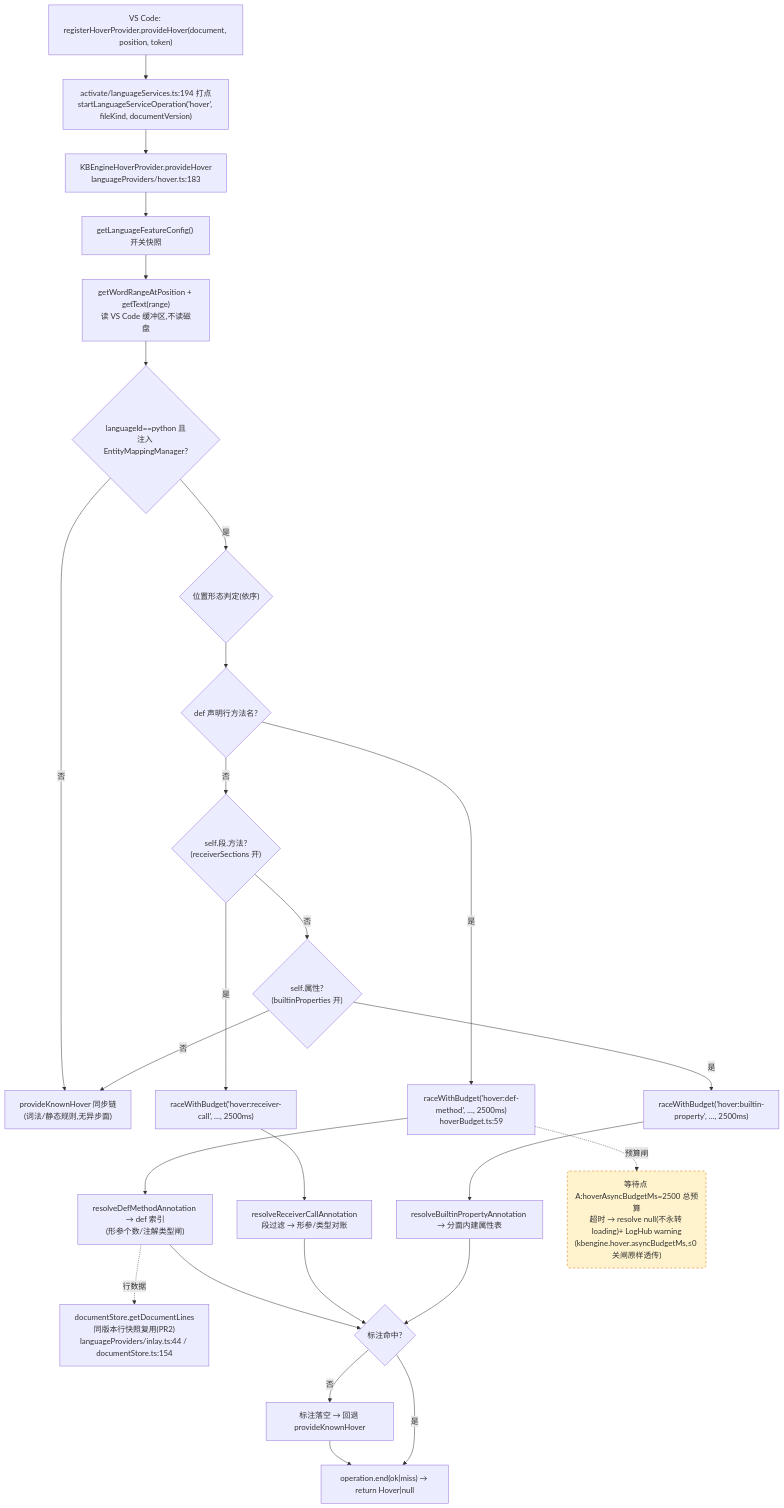
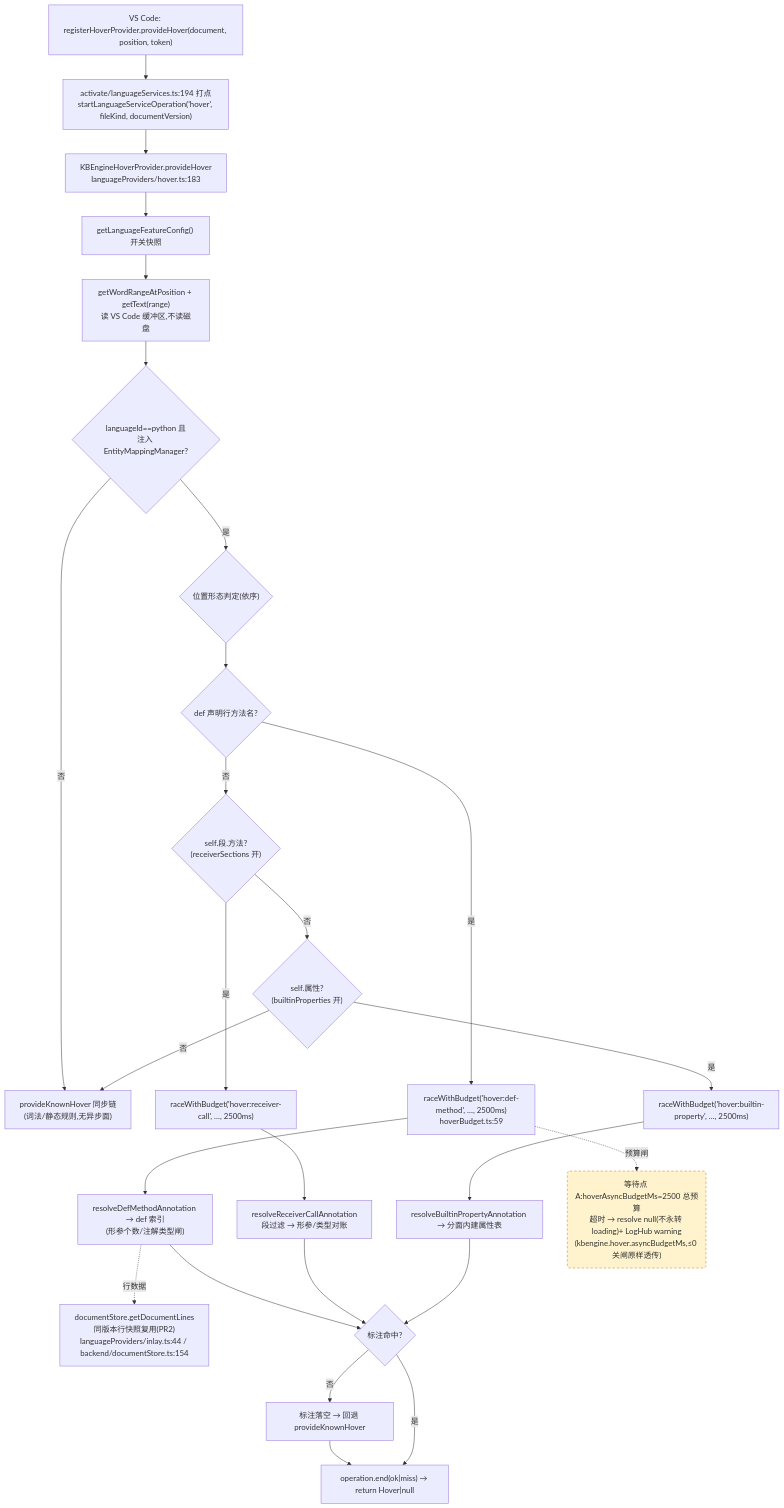
One commit to cuihairu/kode changed the first of 4 diagrams in docs/perf/2026-baseline.md. Above: the diagram before and after it, drawn with Mermaid. The commit also changed other lines of this file and 101 other files, not shown here.

````diff
--- a/docs/perf/2026-baseline.md
+++ b/docs/perf/2026-baseline.md
@@ -82,45 +82,45 @@
 ```mermaid
 flowchart TD
   VC1["VS Code: registerHoverProvider.provideHover(document, position, token)"]
   M1["activate/languageServices.ts:194 打点<br/>startLanguageServiceOperation('hover', fileKind, documentVersion)"]
   HP["KBEngineHoverProvider.provideHover<br/>languageProviders/hover.ts:183"]
   CFG["getLanguageFeatureConfig() 开关快照"]
   WORD["getWordRangeAtPosition + getText(range)<br/>读 VS Code 缓冲区,不读磁盘"]
   BR{"languageId==python 且<br/>注入 EntityMappingManager?"}
   KN["provideKnownHover 同步链<br/>(词法/静态规则,无异步面)"]
   POS{"位置形态判定(依序)"}
   D1{"def 声明行方法名?"}
   D2{"self.段.方法?<br/>(receiverSections 开)"}
   D3{"self.属性?<br/>(builtinProperties 开)"}
   RA1["raceWithBudget('hover:def-method', …, 2500ms)<br/>hoverBudget.ts:59"]
   RA2["raceWithBudget('hover:receiver-call', …, 2500ms)"]
   RA3["raceWithBudget('hover:builtin-property', …, 2500ms)"]
   RS1["resolveDefMethodAnnotation → def 索引<br/>(形参个数/注解类型闸)"]
   RS2["resolveReceiverCallAnnotation<br/>段过滤 → 形参/类型对账"]
   RS3["resolveBuiltinPropertyAnnotation → 分面内建属性表"]
-  LINES["documentStore.getDocumentLines<br/>同版本行快照复用(PR2)<br/>languageProviders/inlay.ts:44 / documentStore.ts:154"]
+  LINES["documentStore.getDocumentLines<br/>同版本行快照复用(PR2)<br/>languageProviders/inlay.ts:44 / backend/documentStore.ts:154"]
   MISS["标注落空 → 回退 provideKnownHover"]
   END1["operation.end(ok|miss) → return Hover|null"]
 
   VC1 --> M1 --> HP --> CFG --> WORD --> BR
   BR -- "否" --> KN
   BR -- "是" --> POS --> D1
   D1 -- "是" --> RA1 --> RS1
   D1 -- "否" --> D2
   D2 -- "是" --> RA2 --> RS2
   D2 -- "否" --> D3
   D3 -- "是" --> RA3 --> RS3
   D3 -- "否" --> KN
   RS1 --> HIT{"标注命中?"}
   RS2 --> HIT
   RS3 --> HIT
   RS1 -.->|行数据| LINES
   HIT -- "否" --> MISS --> END1
   HIT -- "是" --> END1
 
   WAITA("等待点 A:hoverAsyncBudgetMs=2500 总预算<br/>超时 → resolve null(不永转 loading)+ LogHub warning<br/>(kbengine.hover.asyncBudgetMs,≤0 关闸原样透传)")
   RA1 -.->|预算闸| WAITA
 
   classDef waitPoint fill:#fff3cd,stroke:#d97706,stroke-dasharray:5 4;
   class WAITA waitPoint;
 ```
````
